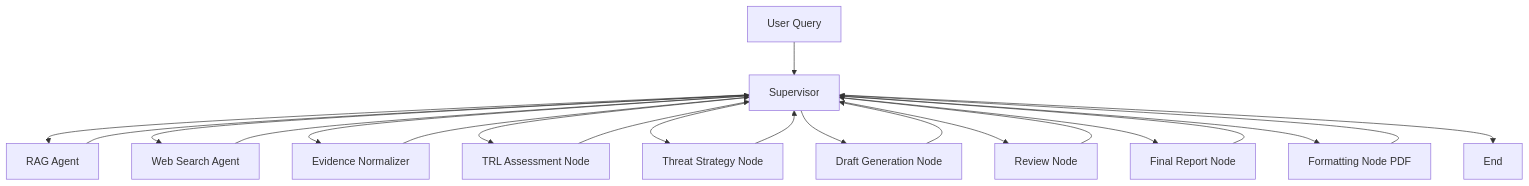
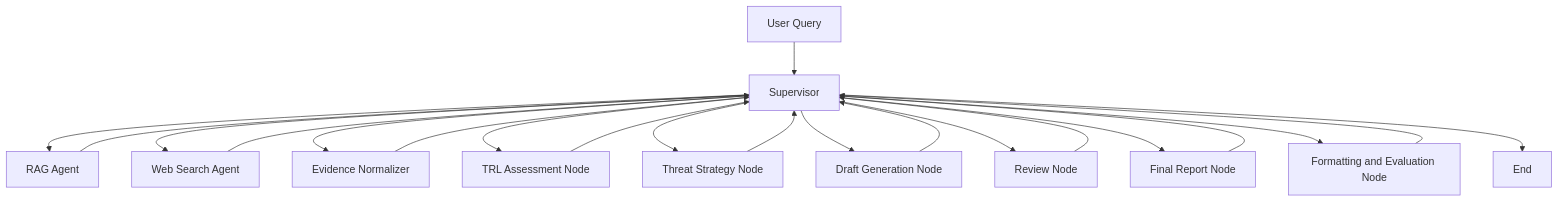
One commit to AMUGEONA0414/AI-mini-project changed the diagram in README.md. Above: the diagram before and after it, drawn with Mermaid. The commit also changed other lines of this file and 14 other files, not shown here.

````diff
--- a/README.md
+++ b/README.md
@@ -42,33 +45,33 @@
 ```mermaid
 flowchart TD
     U[User Query] --> S[Supervisor]
 
     S --> R[RAG Agent]
     R --> S
 
     S --> W[Web Search Agent]
     W --> S
 
     S --> N[Evidence Normalizer]
     N --> S
 
     S --> T[TRL Assessment Node]
     T --> S
 
     S --> H[Threat Strategy Node]
     H --> S
 
     S --> D[Draft Generation Node]
     D --> S
 
     S --> V[Review Node]
     V --> S
 
     S --> F[Final Report Node]
     F --> S
 
-    S --> P[Formatting Node PDF]
+    S --> P[Formatting and Evaluation Node]
     P --> S
 
     S --> E[End]
 ```
````
